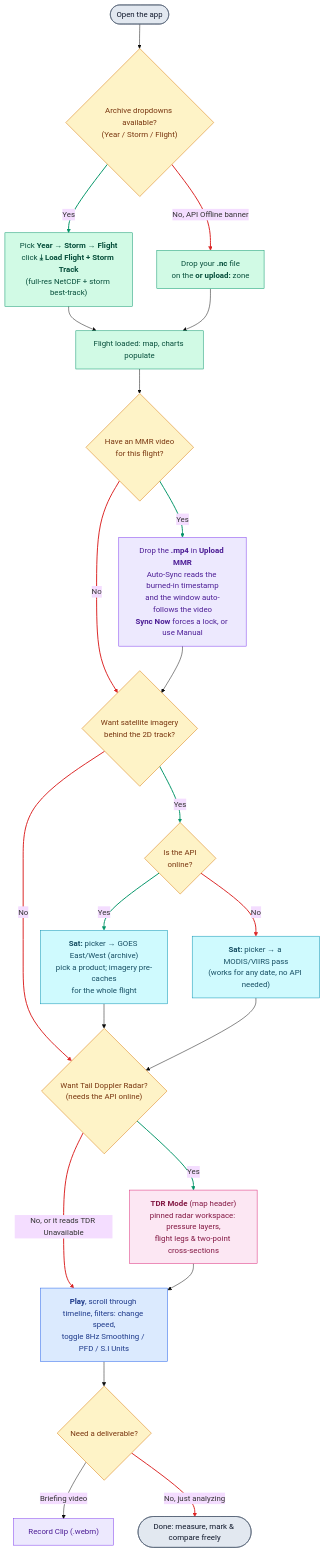
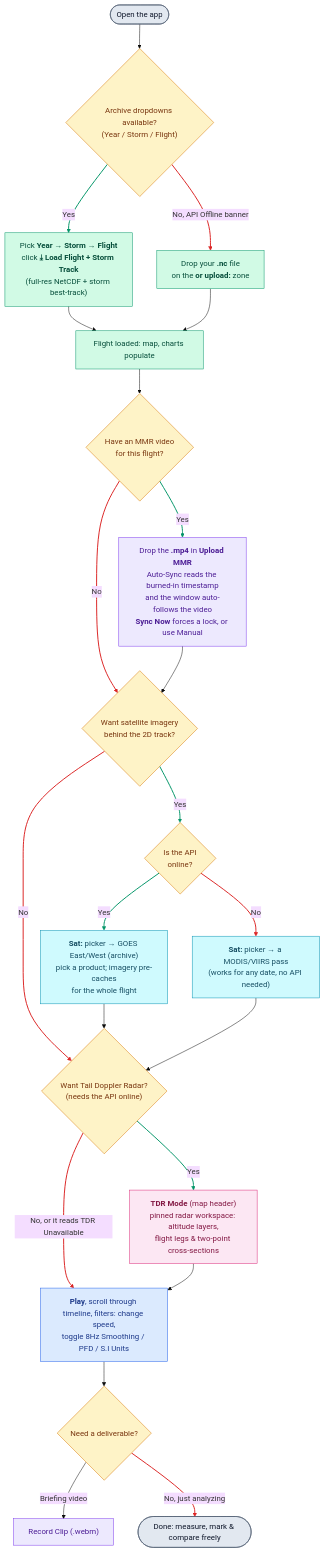
The diagram in README.md (diegoxb07/AOCVisualizer), drawn with Mermaid (base theme) before and after one commit. The commit also changed other lines of this file and 13 other files, not shown here.

````diff
--- a/README.md
+++ b/README.md
@@ -22,42 +22,42 @@
 ```mermaid
 flowchart TD
     START(["Open the app"]) --> ARCHIVE{"Archive dropdowns available?<br>(Year / Storm / Flight)"}
     ARCHIVE -- "Yes" --> LOADARC["Pick <b>Year → Storm → Flight</b><br>click <b>⤓ Load Flight + Storm Track</b><br>(full-res NetCDF + storm best-track)"]
     ARCHIVE -- "No, API Offline banner" --> UPLOAD["Drop your <b>.nc</b> file<br>on the <b>or upload:</b> zone"]
     LOADARC --> LOADED["Flight loaded: map, charts populate"]
     UPLOAD --> LOADED
     LOADED --> MMR{"Have an MMR video<br>for this flight?"}
     MMR -- "Yes" --> VIDEO["Drop the <b>.mp4</b> in <b>Upload MMR</b><br>Auto-Sync reads the burned-in timestamp<br>and the window auto-follows the video<br><b>Sync Now</b> forces a lock, or use Manual"]
     MMR -- "No" --> SAT{"Want satellite imagery<br>behind the 2D track?"}
     VIDEO --> SAT
     SAT -- "Yes" --> FROMARC{"Is the API<br>online?"}
     FROMARC -- "Yes" --> SATGOES["<b>Sat:</b> picker → GOES East/West (archive)<br>pick a product; imagery pre-caches<br>for the whole flight"]
     FROMARC -- "No" --> SATPOLAR["<b>Sat:</b> picker → a MODIS/VIIRS pass<br>(works for any date, no API needed)"]
     SAT -- "No" --> TDRQ{"Want Tail Doppler Radar?<br>(needs the API online)"}
     SATGOES --> TDRQ
     SATPOLAR --> TDRQ
-    TDRQ -- "Yes" --> TDRMODE["<b>TDR Mode</b> (map header)<br>pinned radar workspace: pressure layers,<br>flight legs & two-point cross-sections"]
+    TDRQ -- "Yes" --> TDRMODE["<b>TDR Mode</b> (map header)<br>pinned radar workspace: altitude layers,<br>flight legs & two-point cross-sections"]
     TDRQ -- "No, or it reads TDR Unavailable" --> PLAY["<b>Play</b>, scroll through timeline, filters: change speed,<br>toggle 8Hz Smoothing / PFD / S.I Units"]
     TDRMODE --> PLAY
     PLAY --> EXPORT{"Need a deliverable?"}
     EXPORT -- "Briefing video" --> CLIP["Record Clip (.webm)"]
     EXPORT -- "No, just analyzing" --> DONE(["Done: measure, mark & compare freely"])
 
     classDef decision fill:#fef3c7,stroke:#d97706,color:#78350f
     classDef data fill:#d1fae5,stroke:#059669,color:#064e3b
     classDef mmr fill:#ede9fe,stroke:#7c3aed,color:#4c1d95
     classDef sat fill:#cffafe,stroke:#0891b2,color:#164e63
     classDef tdr fill:#fce7f3,stroke:#db2777,color:#831843
     classDef playback fill:#dbeafe,stroke:#2563eb,color:#1e3a8a
     classDef term fill:#e2e8f0,stroke:#475569,color:#0f172a
     class ARCHIVE,MMR,SAT,FROMARC,TDRQ,EXPORT decision
     class LOADARC,UPLOAD,LOADED data
     class VIDEO,CLIP mmr
     class SATGOES,SATPOLAR sat
     class TDRMODE tdr
     class PLAY playback
     class START,DONE term
     %% linkStyle numbers = edge definition order above; update them if edges are added or reordered
     linkStyle 1,6,9,10,15 stroke:#059669,stroke-width:2px
     linkStyle 2,7,11,12,16,20 stroke:#dc2626,stroke-width:2px
 ```
````
